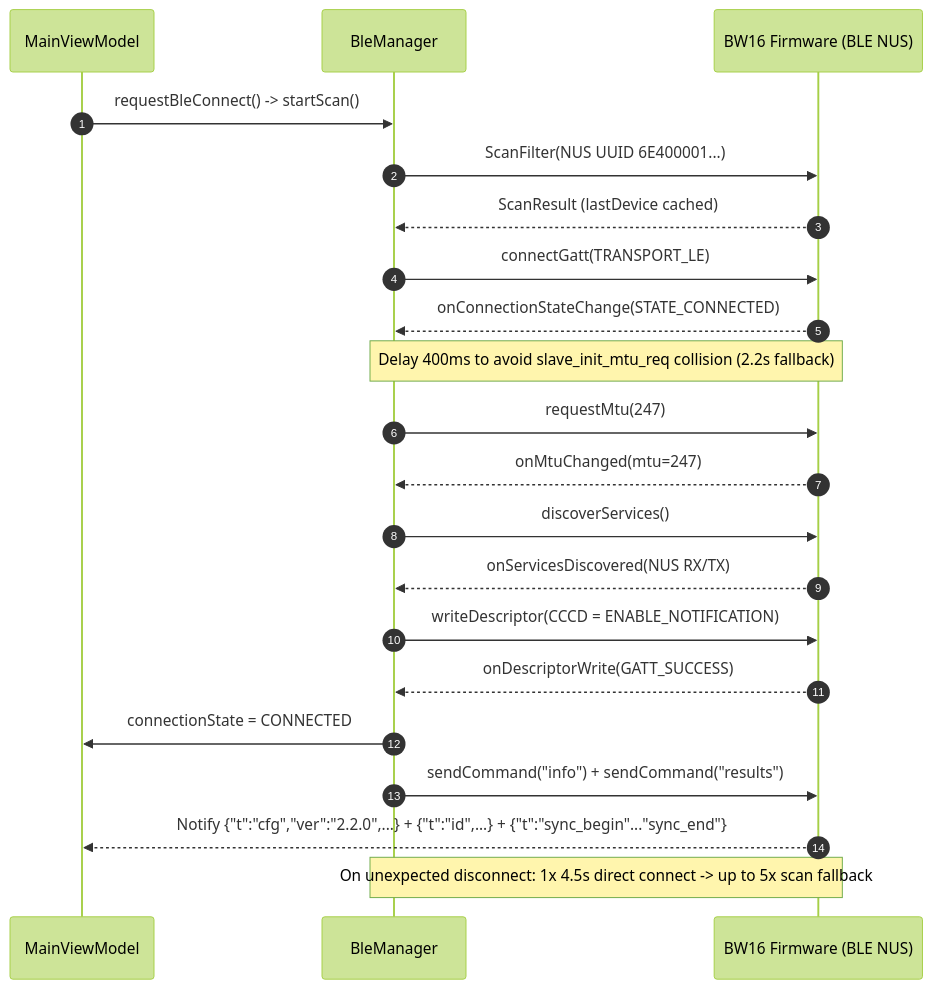
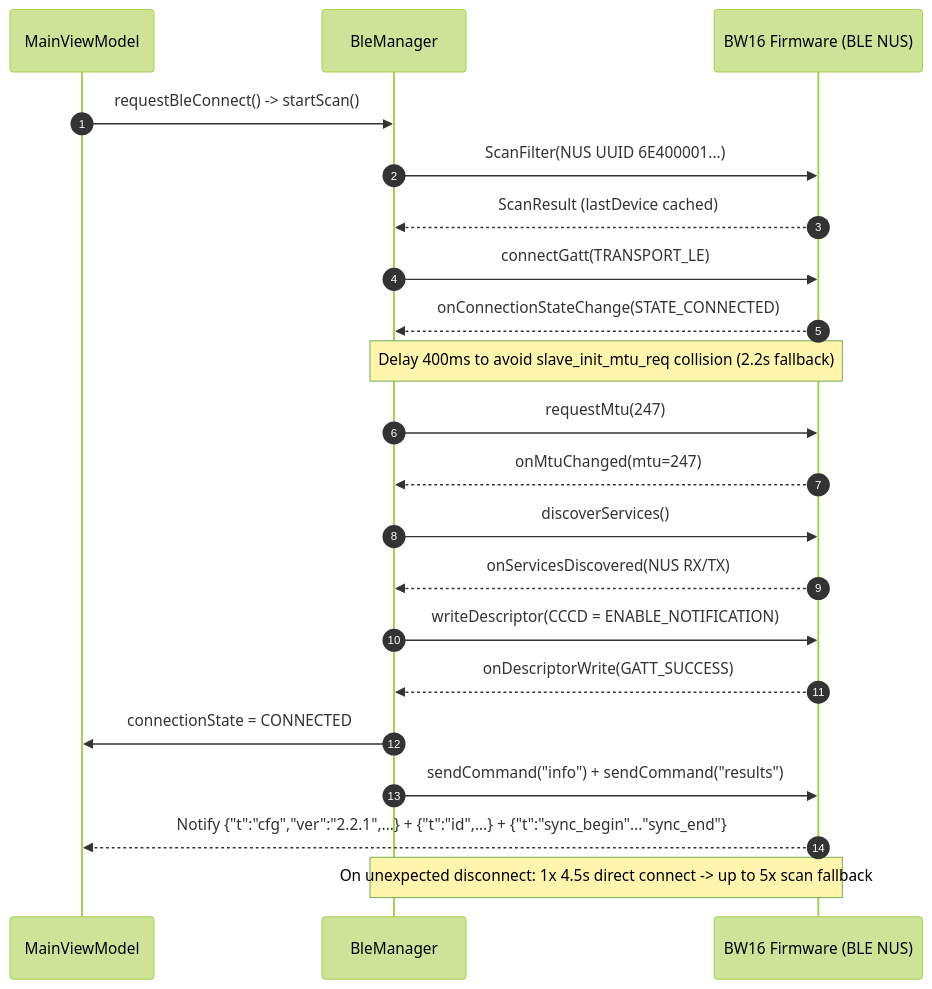
One commit to xiangwen-ctrl/WiFi-Deck changed the second of 2 diagrams in README.md. Above: the diagram before and after it, drawn with Mermaid (forest theme). The commit also changed other lines of this file and 2 other files, not shown here.

````diff
--- a/README.md
+++ b/README.md
@@ -177,24 +177,24 @@
 ```mermaid
 sequenceDiagram
     autonumber
     participant VM as MainViewModel
     participant BM as BleManager
     participant FW as BW16 Firmware (BLE NUS)
 
     VM->>BM: requestBleConnect() -> startScan()
     BM->>FW: ScanFilter(NUS UUID 6E400001...)
     FW-->>BM: ScanResult (lastDevice cached)
     BM->>FW: connectGatt(TRANSPORT_LE)
     FW-->>BM: onConnectionStateChange(STATE_CONNECTED)
     Note over BM,FW: Delay 400ms to avoid slave_init_mtu_req collision (2.2s fallback)
     BM->>FW: requestMtu(247)
     FW-->>BM: onMtuChanged(mtu=247)
     BM->>FW: discoverServices()
     FW-->>BM: onServicesDiscovered(NUS RX/TX)
     BM->>FW: writeDescriptor(CCCD = ENABLE_NOTIFICATION)
     FW-->>BM: onDescriptorWrite(GATT_SUCCESS)
     BM->>VM: connectionState = CONNECTED
     BM->>FW: sendCommand("info") + sendCommand("results")
-    FW-->>VM: Notify {"t":"cfg","ver":"2.2.0",...} + {"t":"id",...} + {"t":"sync_begin"..."sync_end"}
+    FW-->>VM: Notify {"t":"cfg","ver":"2.2.1",...} + {"t":"id",...} + {"t":"sync_begin"..."sync_end"}
     Note over BM,FW: On unexpected disconnect: 1x 4.5s direct connect -> up to 5x scan fallback
 ```
````
